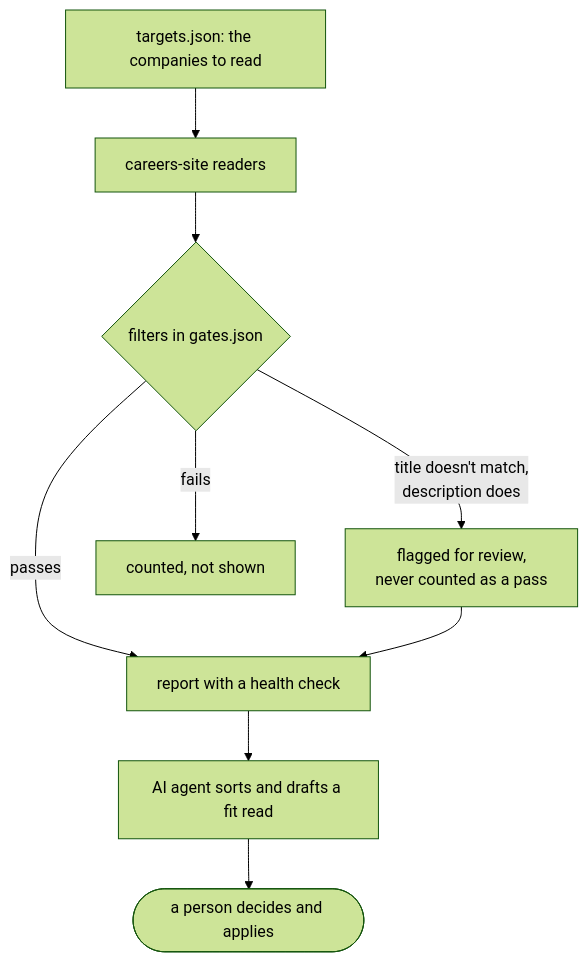
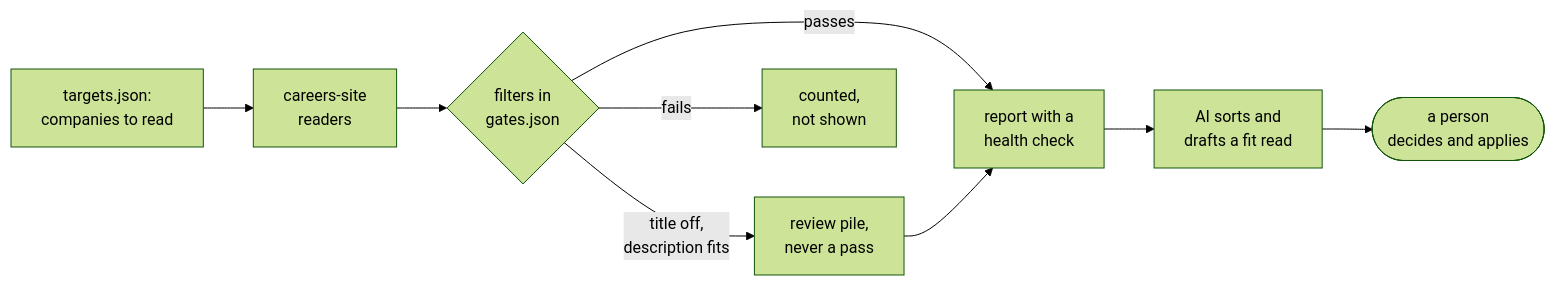
Before and after one commit to mpwilso/Project-Max-Q: the diagram in README.md, drawn with Mermaid (forest theme). The commit also changed other lines of this file, not shown here.

Commit message:
README: left-to-right diagram, shorter scorer comments, simpler privacy example
The top-down flowchart took a full screen on GitHub; the same steps left to right fit in a band.
The fit-scorer block no longer scrolls sideways, and the privacy config example drops the escaped
regex that read like a typo.

````diff
--- a/README.md
+++ b/README.md
@@ -116,11 +116,8 @@
 ```mermaid
-flowchart TD
-    T[targets.json: the companies to read] --> A[careers-site readers]
-    A --> G{filters in gates.json}
-    G -->|passes| R[report with a health check]
-    G -->|title doesn't match,<br/>description does| B[flagged for review,<br/>never counted as a pass]
-    B --> R
-    G -->|fails| X[counted, not shown]
-    R --> AI[AI agent sorts and drafts a fit read]
-    AI --> P([a person decides and applies])
+flowchart LR
+    T[targets.json:<br/>companies to read] --> A[careers-site<br/>readers] --> G{filters in<br/>gates.json}
+    G -->|passes| R[report with a<br/>health check]
+    G -->|title off,<br/>description fits| B[review pile,<br/>never a pass] --> R
+    G -->|fails| X[counted,<br/>not shown]
+    R --> AI[AI sorts and<br/>drafts a fit read] --> P([a person<br/>decides and applies])
 ```
````
